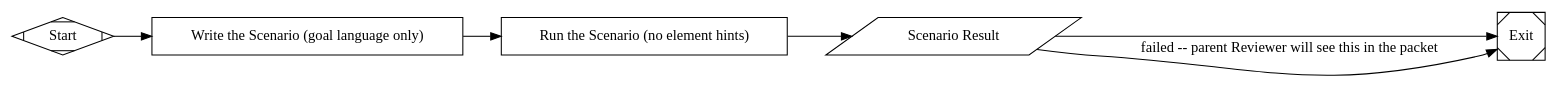
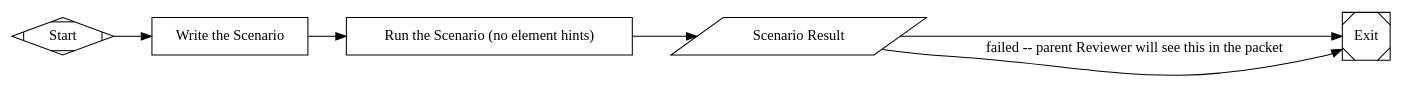
One commit to kenotron-ms/amplifier-bundle-kenergy changed the diagram in pipelines/kenergy_full_cycle/subgraphs/subgraphs/scenario_verification.dot. Above: the diagram before and after it, drawn with Graphviz. The commit also changed 30 other files, not shown here.

First line of the commit message:
fix(pipelines): route goal_gate verdicts through report_outcome tool calls

```diff
--- a/pipelines/kenergy_full_cycle/subgraphs/subgraphs/scenario_verification.dot
+++ b/pipelines/kenergy_full_cycle/subgraphs/subgraphs/scenario_verification.dot
@@ -1,56 +1,62 @@
 // scenario_verification.dot
 //
 // Subgraph rendering of the "scenario-verification" skill
 // (skills/scenario-verification/SKILL.md): objective-driven verification for
 // UI and integration flows, written as user goals and observable outcomes --
 // never DOM elements or selectors. Invoked from build_like_ken.dot when
 // RouteVerificationLevel observes verification_level="browser", and reusable
 // from verify.dot's Check 1 (Implementation Verified) for UI changes.
 //
 // Prompts ported near-verbatim from the skill's Format, Worked Example, and
 // Execution sections.
 //
 // Inputs:
 //   $task_id  - task whose UI-facing behavior is being verified
 //
 // Outputs:
 //   scenario.result       - "achieved" | "failed"
 //   scenario.report_path  - path to the written scenario + step-by-step result
 
 digraph scenario_verification {
   graph [rankdir=LR, default_max_retry=2, default_fidelity="summary:high"];
 
   Start [shape=Mdiamond, label="Start"];
   Exit  [shape=Msquare,  label="Exit"];
 
   // Faithful to the skill's "Format" and "Writing Good Steps" sections:
   // action = what the user is trying to accomplish, outcome = what they can
   // see or confirm. No element references, no selectors.
   WriteScenario [
     shape=box, goal_gate=true, fidelity="summary:high",
-    label="Write the Scenario (goal language only)",
-    prompt="Task ${task_id} produced a user-facing feature. Write a verification scenario as a named sequence of objective steps. Each step has an Action (what the user is trying to accomplish, in goal language -- \"log in with a test user\", never \"click the button with id X\") and an Observable outcome (a fact the user would notice -- \"the cart reflects one item added\", never \"the .cart-count span shows 1\"). If you find yourself describing page structure, stop and rewrite the step as a goal.\n\nCover at minimum the happy path; add empty/zero-state, error/rejection, or permission-boundary scenarios only if the task's acceptance criteria call for them.\n\nWrite the scenario to .resolve/verify/scenario_${task_id}.md. Print the single line: scenario_written"
+    label="Write the Scenario",
+    prompt="Task ${task_id} produced a user-facing feature. Write a verification scenario as a named sequence of objective steps. Each step has an Action (what the user is trying to accomplish, in goal language -- \"log in with a test user\", never \"click the button with id X\") and an Observable outcome (a fact the user would notice -- \"the cart reflects one item added\", never \"the .cart-count span shows 1\"). If you find yourself describing page structure, stop and rewrite the step as a goal.\n\nCover at minimum the happy path; add empty/zero-state, error/rejection, or permission-boundary scenarios only if the task's acceptance criteria call for them.\n\nWrite the scenario to .resolve/verify/scenario_${task_id}.md. Call the report_outcome tool with status=\"success\" and preferred_label=\"scenario_written\" (also print the single line: scenario_written)"
   ];
 
   // Faithful to the skill's "Execution" section: hand the scenario to a
   // browser agent with NO element hints; failure to achieve a goal is a real
   // finding, not something to paper over.
   RunScenario [
     shape=box, goal_gate=true, fidelity="summary:high",
     label="Run the Scenario (no element hints)",
-    prompt="Read the scenario at .resolve/verify/scenario_${task_id}.md. Execute it against the running application using playwright-cli or browser-tester. For each step: attempt to achieve the goal using whatever the UI provides, then report what you observed. Do not describe page elements. If you cannot achieve a goal, that is a FAIL for that step -- report exactly what blocked you, not a workaround.\n\nWrite .resolve/verify/scenario_result_${task_id}.json with {\"result\":\"achieved\"|\"failed\",\"steps\":[{\"action\":\"...\",\"outcome_observed\":\"...\",\"pass\":true|false}]}. Print the single line: scenario_run"
+    prompt="Read the scenario at .resolve/verify/scenario_${task_id}.md. Execute it against the running application using playwright-cli or browser-tester. For each step: attempt to achieve the goal using whatever the UI provides, then report what you observed. Do not describe page elements. If you cannot achieve a goal, that is a FAIL for that step -- report exactly what blocked you, not a workaround.\n\nWrite .resolve/verify/scenario_result_${task_id}.json with {\"result\":\"achieved\"|\"failed\",\"steps\":[{\"action\":\"...\",\"outcome_observed\":\"...\",\"pass\":true|false}]}. Call the report_outcome tool with status=\"success\" and preferred_label=\"scenario_run\" (also print the single line: scenario_run)"
   ];
 
   // Route on the file the run just wrote -- never on $last_response prose,
-  // per RUBRIC.md's foot-gun #4.
+  // per RUBRIC.md's foot-gun #4. Also writes context.scenario.result /
+  // scenario.report_path directly (parse_json="true"), closing a
+  // missing-writer gap: this graph's own header documents both as its
+  // outputs, and build_like_ken.dot's Reviewer prompt reads
+  // ${scenario.report_path} directly -- but nothing here ever actually set
+  // them (same missing-writer bug class as kenergy_reality_check.dot's
+  // criteria.*/verdict.* keys, build_like_ken.dot's build.verdict, etc.).
   ScenarioGate [
-    shape=parallelogram, label="Scenario Result",
-    tool_command="#!/bin/sh\nset -e\npython3 -c \"import json;print(json.load(open('.resolve/verify/scenario_result_${task_id}.json'))['result'])\""
+    shape=parallelogram, label="Scenario Result", parse_json="true",
+    tool_command="#!/bin/sh\nset -e\nresult=$(python3 -c \"import json;print(json.load(open('.resolve/verify/scenario_result_${task_id}.json'))['result'])\")\nprintf '{\"route\":\"%s\",\"scenario.result\":\"%s\",\"scenario.report_path\":\".resolve/verify/scenario_result_${task_id}.json\"}' \"$result\" \"$result\""
   ];
 
   Start         -> WriteScenario;
   WriteScenario -> RunScenario;
   RunScenario   -> ScenarioGate;
-  ScenarioGate  -> Exit [condition="context.tool.last_line=achieved", weight="2"];
-  ScenarioGate  -> Exit [condition="context.tool.last_line=failed", label="failed -- parent Reviewer will see this in the packet"];
+  ScenarioGate  -> Exit [condition="context.route=achieved", weight="2"];
+  ScenarioGate  -> Exit [condition="context.route=failed", label="failed -- parent Reviewer will see this in the packet"];
 }
```
